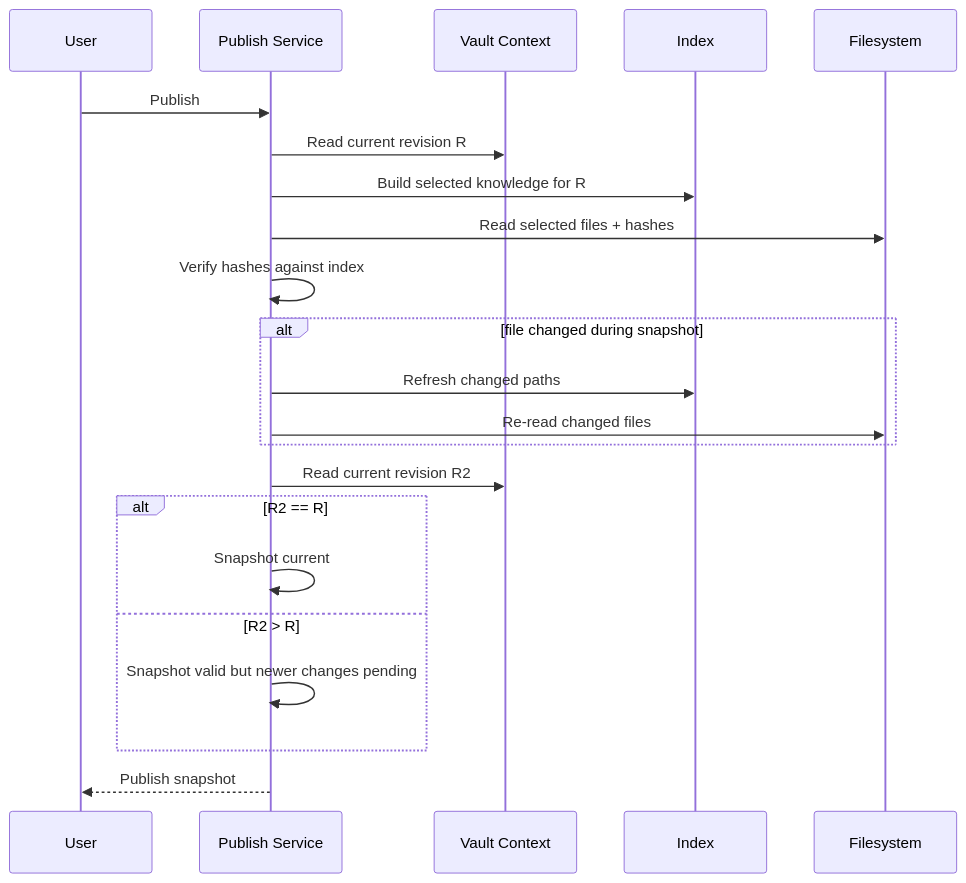
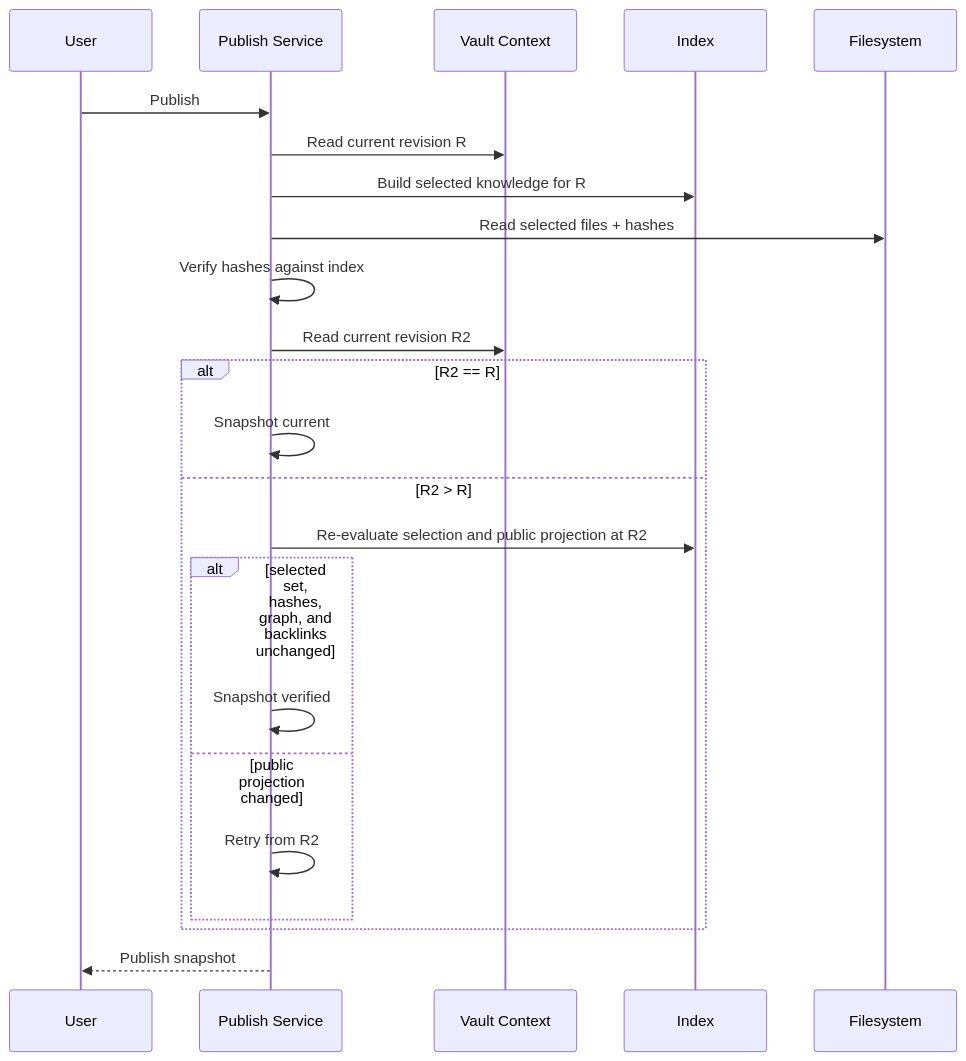
Before and after one commit to Madhumitha-Reddy/project-flux: the sixth of 23 diagrams in docs/flux-publish-design-doc.md, drawn with Mermaid. The commit also changed other lines of this file and 17 other files, not shown here.

````diff
--- a/docs/flux-publish-design-doc.md
+++ b/docs/flux-publish-design-doc.md
@@ -939,29 +965,29 @@
 ```mermaid
 sequenceDiagram
     participant U as User
     participant P as Publish Service
     participant V as Vault Context
     participant I as Index
     participant F as Filesystem
 
     U->>P: Publish
     P->>V: Read current revision R
     P->>I: Build selected knowledge for R
     P->>F: Read selected files + hashes
     P->>P: Verify hashes against index
 
-    alt file changed during snapshot
-        P->>I: Refresh changed paths
-        P->>F: Re-read changed files
-    end
-
     P->>V: Read current revision R2
 
     alt R2 == R
         P->>P: Snapshot current
     else R2 > R
-        P->>P: Snapshot valid but newer changes pending
+        P->>I: Re-evaluate selection and public projection at R2
+        alt selected set, hashes, graph, and backlinks unchanged
+            P->>P: Snapshot verified
+        else public projection changed
+            P->>P: Retry from R2
+        end
     end
 
     P-->>U: Publish snapshot
 ```
````
